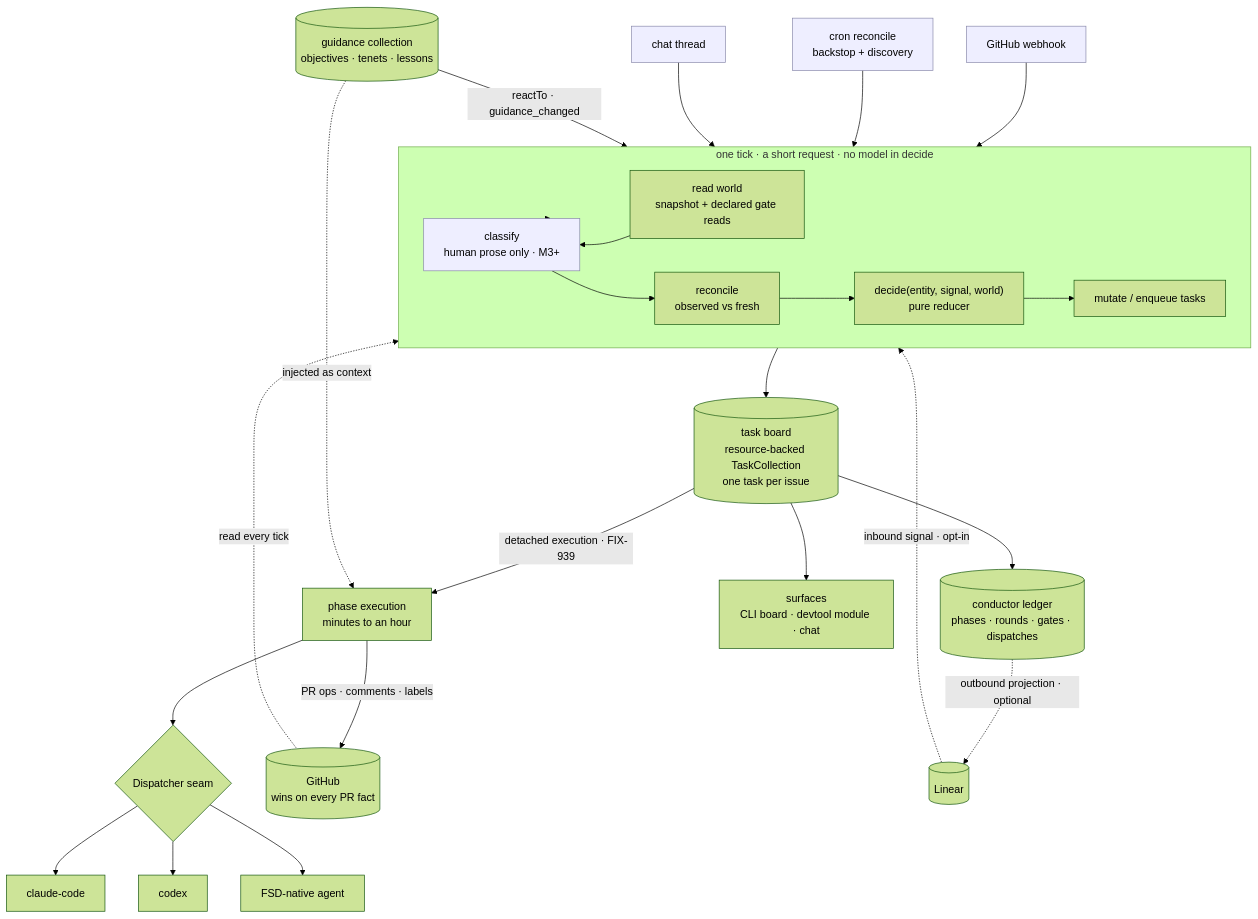
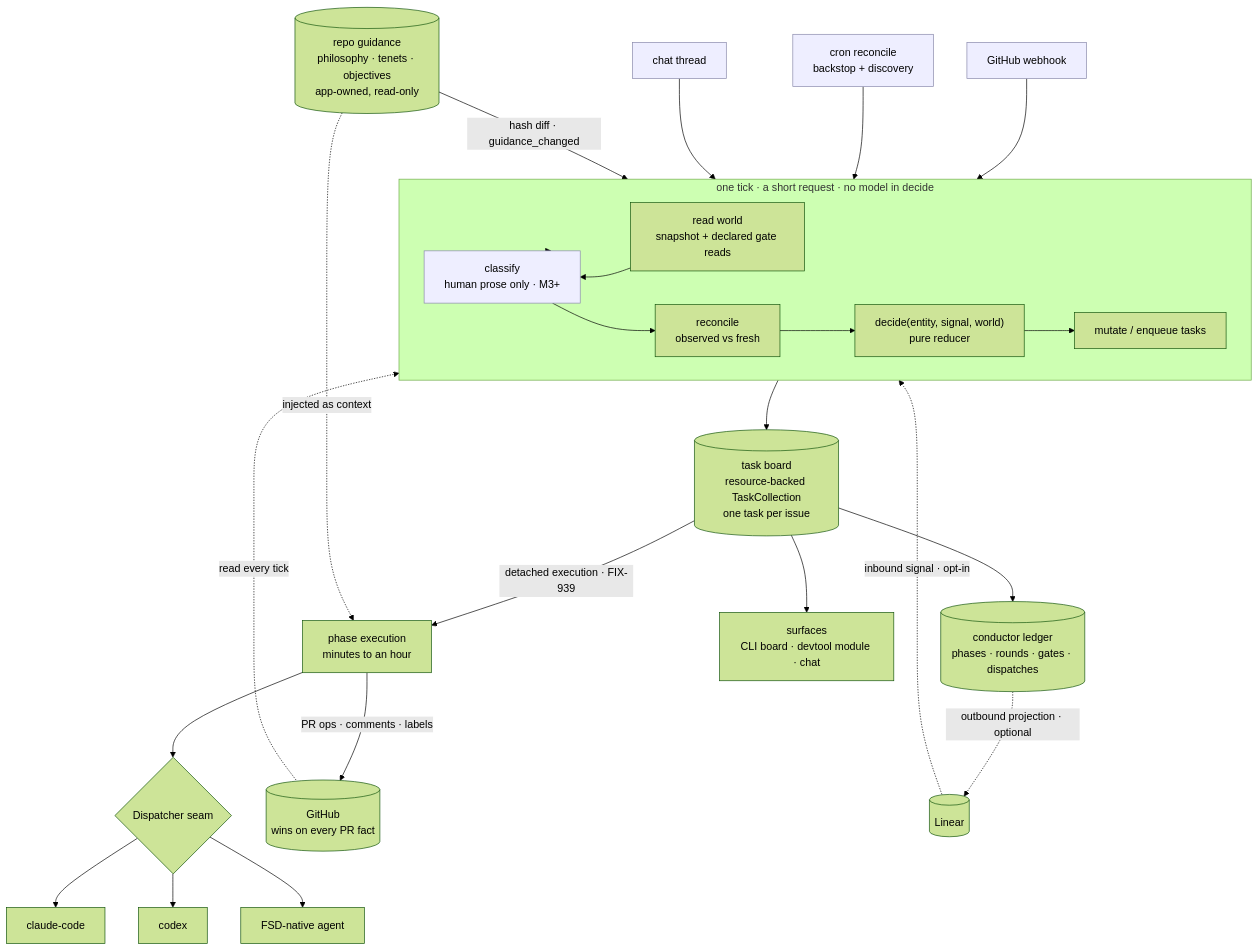
Before and after one commit to fixpoint-labs/flow-state-dev: the first of 3 diagrams in docs/internal/design/conductor.md, drawn with Mermaid (forest theme). The commit also changed other lines of this file and 1 other file, not shown here.

First line of the commit message:
docs(internal): guidance belongs to the repo; dynamic and multi dispatchers

````diff
--- a/docs/internal/design/conductor.md
+++ b/docs/internal/design/conductor.md
@@ -488,31 +488,31 @@
 ```mermaid
 flowchart TB
   WH[GitHub webhook]:::trig --> TICK
   CR[cron reconcile<br/>backstop + discovery]:::trig --> TICK
   CL[conductor CLI]:::trig --> TICK
   CH[chat thread]:::trig --> TICK
 
   subgraph TICK["one tick · a short request · no model in decide"]
     direction LR
     RD[read world<br/>snapshot + declared gate reads] --> CL["classify<br/>human prose only · M3+"] --> RC[reconcile<br/>observed vs fresh] --> DE["decide(entity, signal, world)<br/>pure reducer"] --> MU[mutate / enqueue tasks]
   end
 
   MU --> BOARD[("task board<br/>resource-backed TaskCollection<br/>one task per issue")]
   BOARD -->|detached execution · FIX-939| EX[phase execution<br/>minutes to an hour]
   EX --> DISP{Dispatcher seam}
   DISP --> CC[claude-code]
   DISP --> CX[codex]
   DISP --> NA[FSD-native agent]
 
   EX -->|PR ops · comments · labels| GH[(GitHub<br/>wins on every PR fact)]
   GH -.->|read every tick| RD
   BOARD --> LED[("conductor ledger<br/>phases · rounds · gates · dispatches")]
   LED -.->|outbound projection · optional| LIN[(Linear)]
   LIN -.->|inbound signal · opt-in| RD
 
-  GUID[("guidance collection<br/>objectives · tenets · lessons")] -->|reactTo · guidance_changed| TICK
+  GUID[("repo guidance<br/>philosophy · tenets · objectives<br/>app-owned, read-only")] -->|hash diff · guidance_changed| TICK
   GUID -.->|injected as context| EX
   BOARD --> SURF[surfaces<br/>CLI board · devtool module · chat]
 
   classDef trig fill:#eef,stroke:#88a
 ```
````
